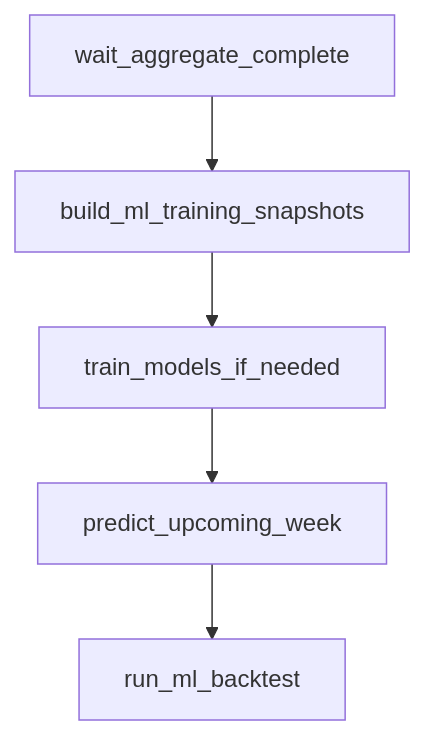
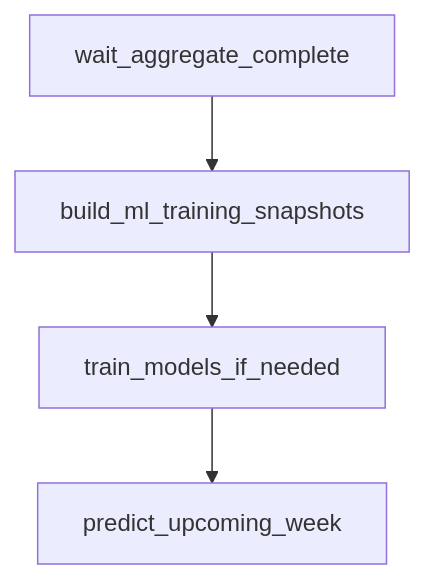
The first of 2 diagrams in docs/nascar/cup.machine_learning.md (giraffalope/fantasy-sports-airflow), drawn with Mermaid before and after one commit. The commit also changed other lines of this file and 10 other files, not shown here.

````diff
--- a/docs/nascar/cup.machine_learning.md
+++ b/docs/nascar/cup.machine_learning.md
@@ -76,7 +77,6 @@
 ```mermaid
 flowchart TB
   wait_aggregate_complete --> build_ml_training_snapshots
   build_ml_training_snapshots --> train_models_if_needed
   train_models_if_needed --> predict_upcoming_week
-  predict_upcoming_week --> run_ml_backtest
 ```
````
